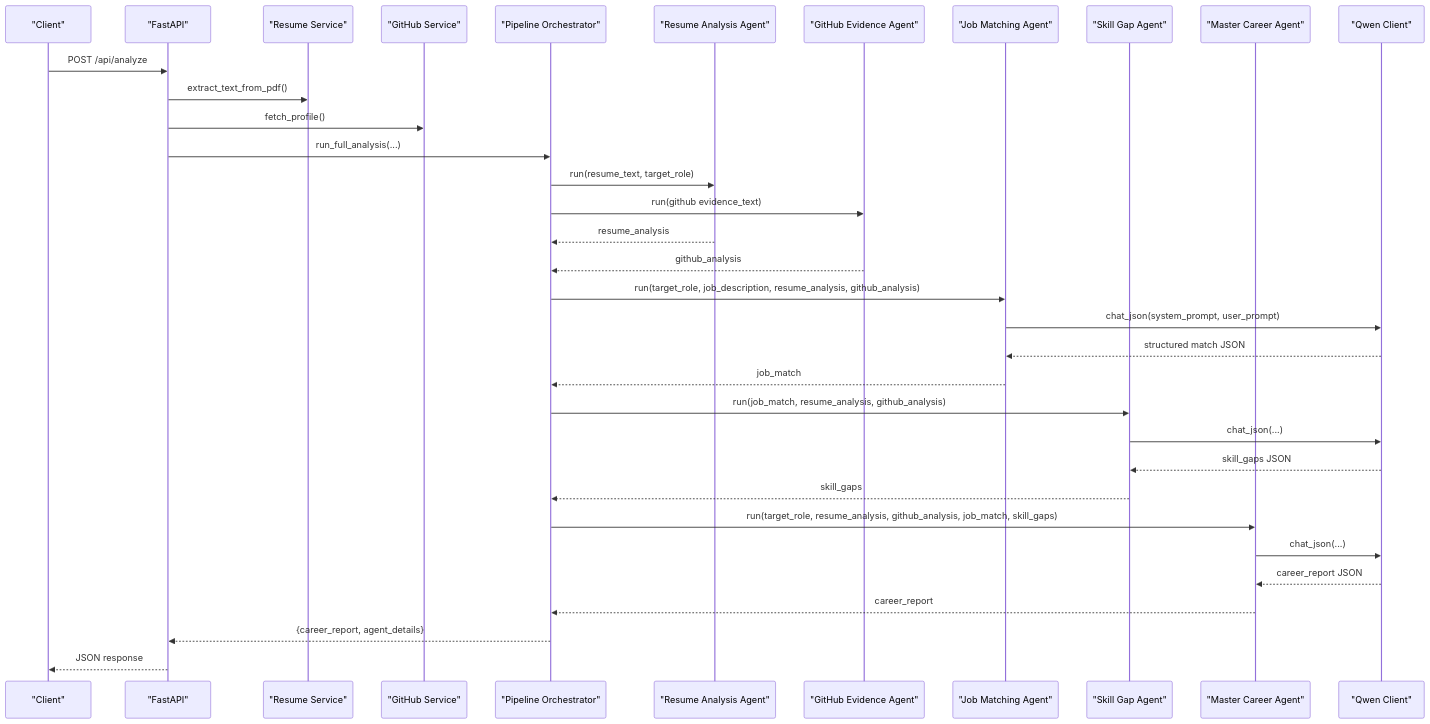
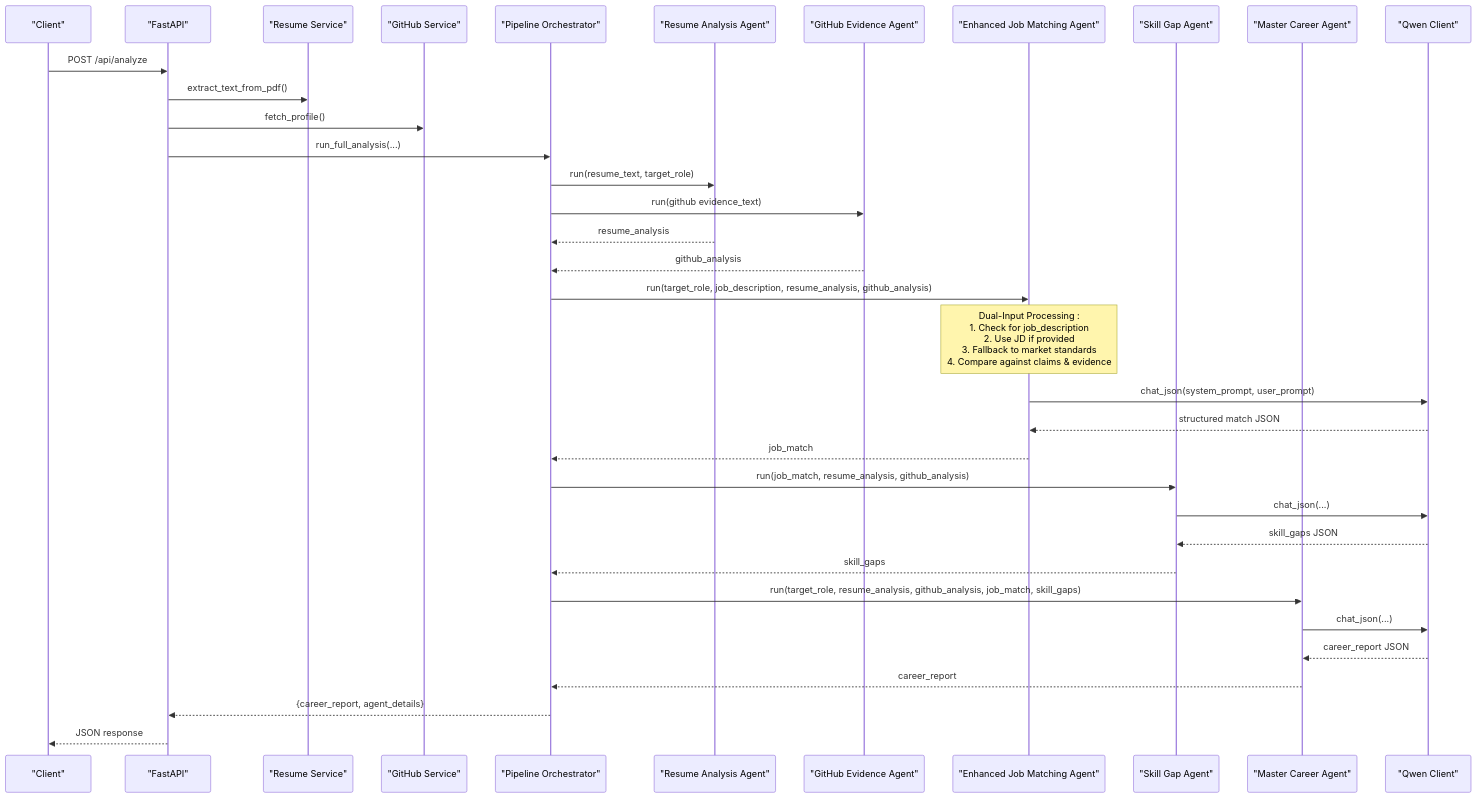
One commit to waqarimran342/CareerOS-AI changed the second of 5 diagrams in .qoder/repowiki/en/content/Multi-Agent System/Job Matching Agent.md. Above: the diagram before and after it, drawn with Mermaid. The commit also changed other lines of this file and 32 other files, not shown here.

````diff
--- a/.qoder/repowiki/en/content/Multi-Agent System/Job Matching Agent.md
+++ b/.qoder/repowiki/en/content/Multi-Agent System/Job Matching Agent.md
@@ -95,36 +105,37 @@
 ```mermaid
 sequenceDiagram
 participant C as "Client"
 participant A as "FastAPI"
 participant RS as "Resume Service"
 participant GS as "GitHub Service"
 participant P as "Pipeline Orchestrator"
 participant RA as "Resume Analysis Agent"
 participant GA as "GitHub Evidence Agent"
-participant JM as "Job Matching Agent"
+participant JM as "Enhanced Job Matching Agent"
 participant SG as "Skill Gap Agent"
 participant MA as "Master Career Agent"
 participant L as "Qwen Client"
 C->>A : POST /api/analyze
 A->>RS : extract_text_from_pdf()
 A->>GS : fetch_profile()
 A->>P : run_full_analysis(...)
 P->>RA : run(resume_text, target_role)
 P->>GA : run(github evidence_text)
 RA-->>P : resume_analysis
 GA-->>P : github_analysis
 P->>JM : run(target_role, job_description, resume_analysis, github_analysis)
+Note over JM : Dual-Input Processing : <br/>1. Check for job_description<br/>2. Use JD if provided<br/>3. Fallback to market standards<br/>4. Compare against claims & evidence
 JM->>L : chat_json(system_prompt, user_prompt)
 L-->>JM : structured match JSON
 JM-->>P : job_match
 P->>SG : run(job_match, resume_analysis, github_analysis)
 SG->>L : chat_json(...)
 L-->>SG : skill_gaps JSON
 SG-->>P : skill_gaps
 P->>MA : run(target_role, resume_analysis, github_analysis, job_match, skill_gaps)
 MA->>L : chat_json(...)
 L-->>MA : career_report JSON
 MA-->>P : career_report
 P-->>A : {career_report, agent_details}
 A-->>C : JSON response
 ```
````
